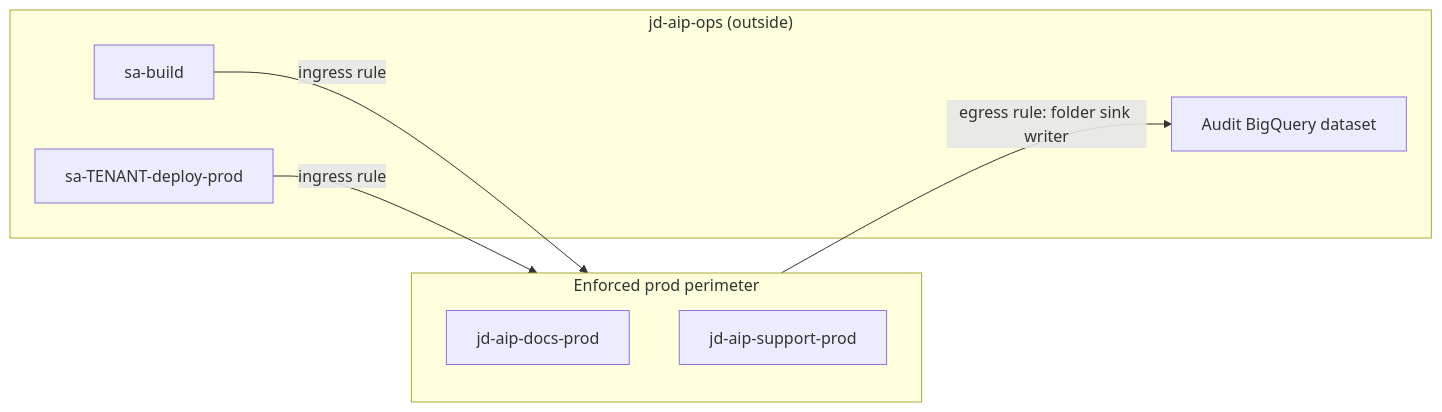
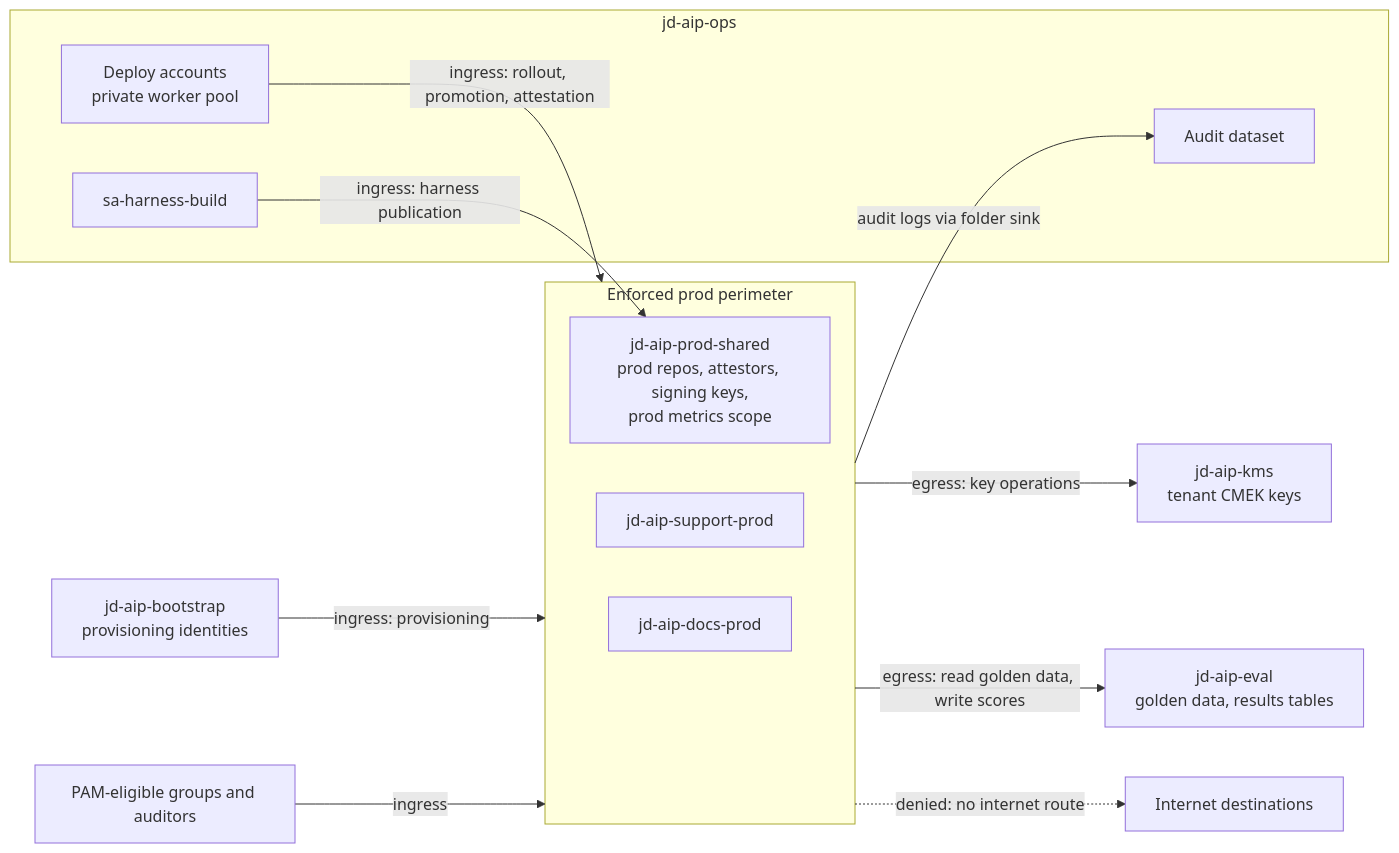
The seventh of 8 diagrams in architecture.md (Josephdara/tenantloom-ai), drawn with Mermaid before and after one commit. The commit also changed other lines of this file and 13 other files, not shown here.

Commit message:
docs: settle architecture decisions and add ADRs 001-012

````diff
--- a/architecture.md
+++ b/architecture.md
@@ -460,15 +683,26 @@
 ```mermaid
 flowchart LR
     subgraph PERIM["Enforced prod perimeter"]
         P1["jd-aip-docs-prod"]
         P2["jd-aip-support-prod"]
+        PS["jd-aip-prod-shared<br/>prod repos, attestors, signing keys,<br/>prod metrics scope"]
     end
-    subgraph OPSP["jd-aip-ops (outside)"]
-        BUILD["sa-build"]
-        DEPLOY["sa-TENANT-deploy-prod"]
-        AUDIT["Audit BigQuery dataset"]
+    subgraph OPSP["jd-aip-ops"]
+        DEPLOY["Deploy accounts<br/>private worker pool"]
+        HB["sa-harness-build"]
+        AUDIT["Audit dataset"]
     end
-    BUILD -->|ingress rule| PERIM
-    DEPLOY -->|ingress rule| PERIM
-    PERIM -->|egress rule: folder sink writer| AUDIT
+    BOOT["jd-aip-bootstrap<br/>provisioning identities"]
+    KMS["jd-aip-kms<br/>tenant CMEK keys"]
+    EVAL["jd-aip-eval<br/>golden data, results tables"]
+    HUMAN["PAM-eligible groups and auditors"]
+    DEPLOY -->|ingress: rollout, promotion, attestation| PERIM
+    HB -->|ingress: harness publication| PS
+    BOOT -->|ingress: provisioning| PERIM
+    HUMAN -->|ingress| PERIM
+    PERIM -->|audit logs via folder sink| AUDIT
+    PERIM -->|egress: key operations| KMS
+    PERIM -->|egress: read golden data, write scores| EVAL
+    INET["Internet destinations"]
+    PERIM -.->|denied: no internet route| INET
 ```
````
